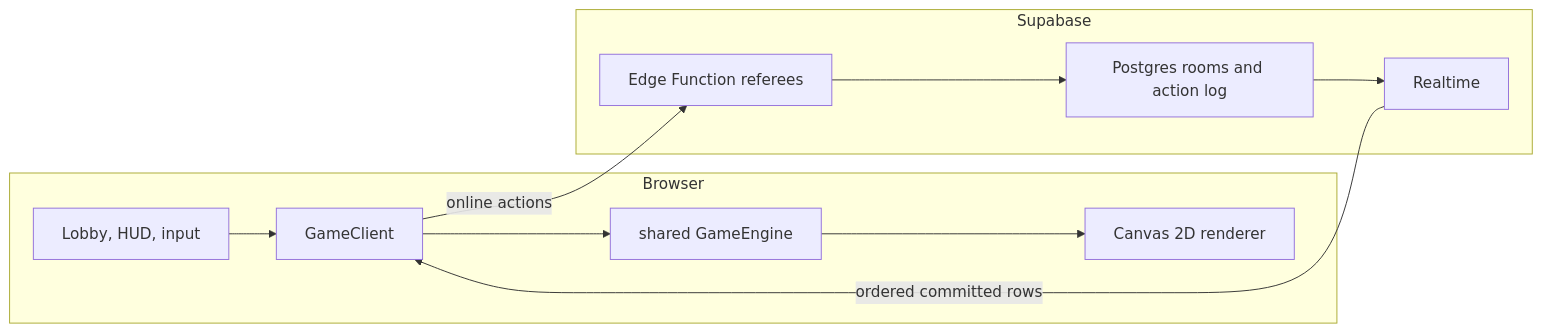
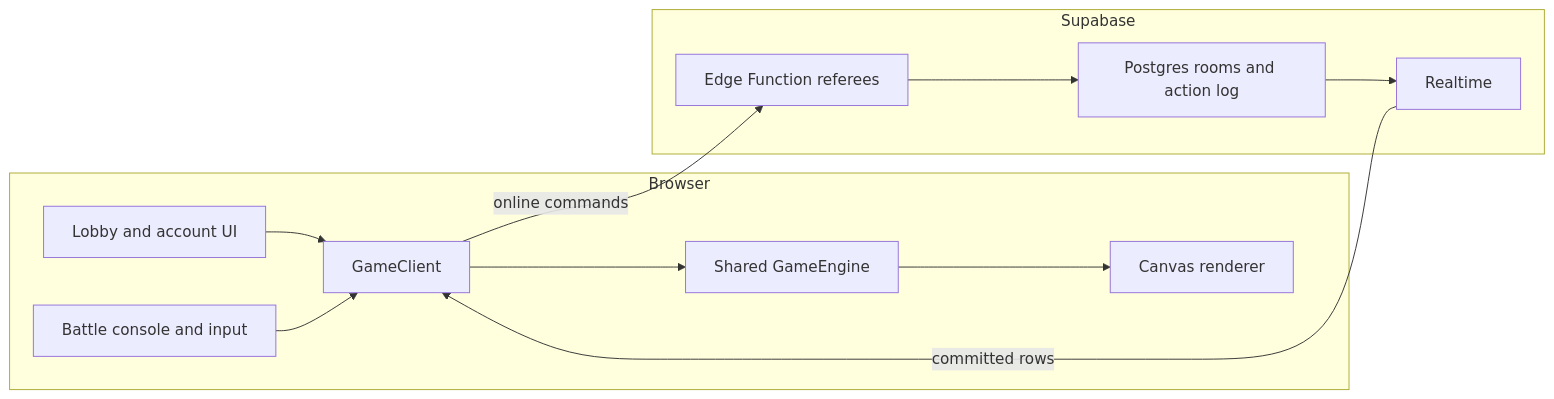
One commit to SUaDtL/singedTerra changed the diagram in docs/ARCHITECTURE.md. Above: the diagram before and after it, drawn with Mermaid. The commit also changed other lines of this file and 35 other files, not shown here.

First line of the commit message:
fix(ui): restore battle entry and refresh lobby documentation (#499)

````diff
--- a/docs/ARCHITECTURE.md
+++ b/docs/ARCHITECTURE.md
@@ -44,23 +10,25 @@
 ```mermaid
 flowchart LR
-    subgraph Browser["Browser"]
-        UI["Lobby, HUD, input"]
-        Renderer["Canvas 2D renderer"]
+    subgraph Browser
+        Lobby["Lobby and account UI"]
+        Console["Battle console and input"]
+        Canvas["Canvas renderer"]
         Client["GameClient"]
-        Engine["shared GameEngine"]
-        UI --> Client
+        Engine["Shared GameEngine"]
+        Lobby --> Client
+        Console --> Client
         Client --> Engine
-        Engine --> Renderer
+        Engine --> Canvas
     end
 
-    subgraph Supabase["Supabase"]
+    subgraph Supabase
         Edge["Edge Function referees"]
         DB["Postgres rooms and action log"]
         RT["Realtime"]
         Edge --> DB
         DB --> RT
     end
 
-    Client -->|"online actions"| Edge
-    RT -->|"ordered committed rows"| Client
+    Client -->|"online commands"| Edge
+    RT -->|"committed rows"| Client
 ```
````
